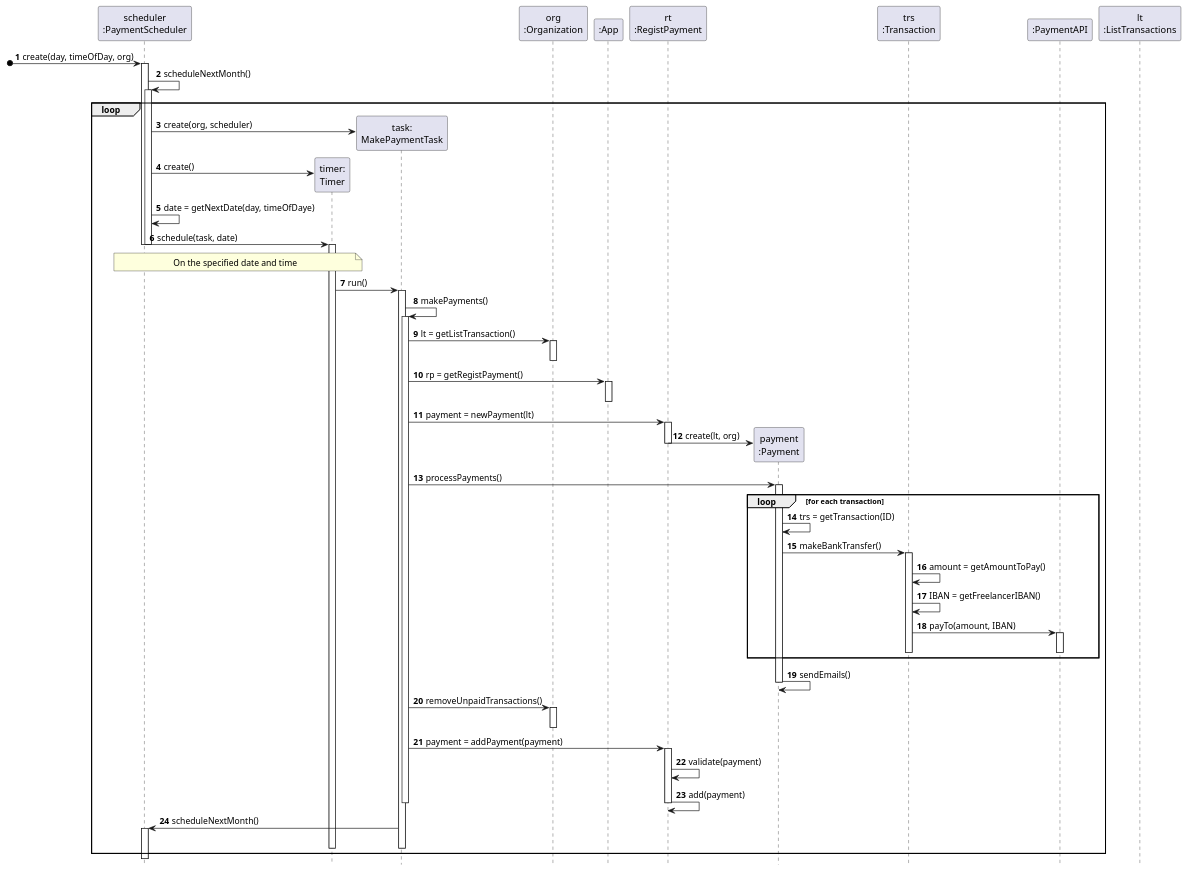
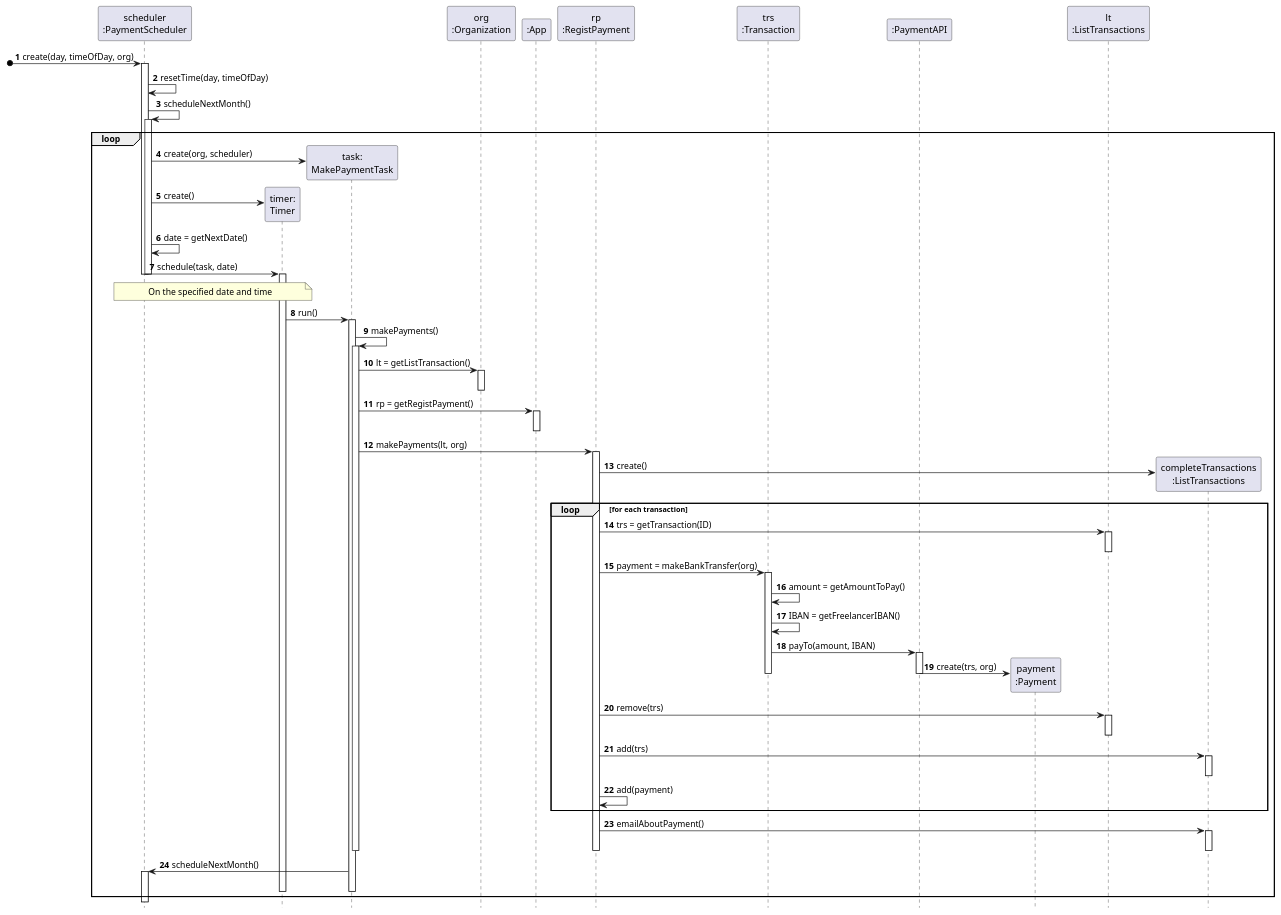
Before and after one commit to botelho-io/lapr2-2020-g029: the diagram in docs/UC_06/SD.puml, drawn with PlantUML. The commit also changed 9 other files, not shown here.

```diff
--- a/docs/UC_06/SD.puml
+++ b/docs/UC_06/SD.puml
@@ -1,74 +1,77 @@
 @startuml SD
 autonumber
 hide footbox
 
 participant "scheduler\n:PaymentScheduler" as SC
 participant "timer:\nTimer" as TIMER
 participant "task:\nMakePaymentTask" as TASK
 participant "org\n:Organization" as org
 participant ":App" as app
-participant "rt\n:RegistPayment" as rp
-participant "payment\n:Payment" as pay
+participant "rp\n:RegistPayment" as rp
 participant "trs\n:Transaction" as trs
 participant ":PaymentAPI" as papi
+participant "payment\n:Payment" as pay
 participant "lt\n:ListTransactions" as lt
+participant "completeTransactions\n:ListTransactions" as ct
 
 [o-> SC : create(day, timeOfDay, org)
 activate SC
+        SC -> SC : resetTime(day, timeOfDay)
         SC -> SC : scheduleNextMonth()
 loop
         activate SC
                 SC -> TASK**  : create(org, scheduler)
                 SC -> TIMER** : create()
-                SC -> SC : date = getNextDate(day, timeOfDaye)
+                SC -> SC : date = getNextDate()
                 SC ->TIMER: schedule(task, date)
         deactivate SC
 deactivate SC
         activate TIMER
                 note over SC,TIMER  : On the specified date and time
                 TIMER->TASK:run()
                 activate TASK
                         TASK->TASK: makePayments()
                         activate TASK
                                 TASK -> org : lt = getListTransaction()
                                 activate org
                                 deactivate org
                                 TASK -> app : rp = getRegistPayment()
                                 activate app
                                 deactivate app
-                                TASK -> rp : payment = newPayment(lt)
+                                TASK -> rp : makePayments(lt, org)
                                 activate rp
-                                        rp -> pay ** : create(lt, org)
-                                deactivate rp
-                                TASK -> pay : processPayments()
-                                activate pay
+                                        rp -> ct ** : create()
                                         loop for each transaction
-                                                pay -> pay : trs = getTransaction(ID)
-                                                pay -> trs : makeBankTransfer()
+                                                rp -> lt : trs = getTransaction(ID)
+                                                activate lt
+                                                deactivate lt
+                                                rp -> trs : payment = makeBankTransfer(org)
                                                 activate trs
                                                         trs -> trs: amount = getAmountToPay()
                                                         trs -> trs: IBAN = getFreelancerIBAN()
                                                         trs -> papi: payTo(amount, IBAN)
                                                         activate papi
+                                                                papi -> pay ** : create(trs, org)
                                                         deactivate papi
                                                 deactivate trs
+                                                rp -> lt : remove(trs)
+                                                activate lt
+                                                deactivate lt
+                                                rp -> ct : add(trs)
+                                                activate ct
+                                                deactivate ct
+                                                rp -> rp : add(payment)
                                         end
-                                        pay -> pay : sendEmails()
-                                deactivate pay
-                                TASK -> org : removeUnpaidTransactions()
-                                activate org
-                                deactivate org
-                                TASK -> rp : payment = addPayment(payment)
-                                activate rp
-                                        rp -> rp : validate(payment)
-                                        rp -> rp : add(payment)
+                                        rp -> ct : emailAboutPayment()
+                                        activate ct
+                                        deactivate ct
                                 deactivate rp
                         deactivate TASK
                         TASK -> SC : scheduleNextMonth()
                         activate SC
                 deactivate TASK
         deactivate TIMER
 end
 
 
 @enduml
```
